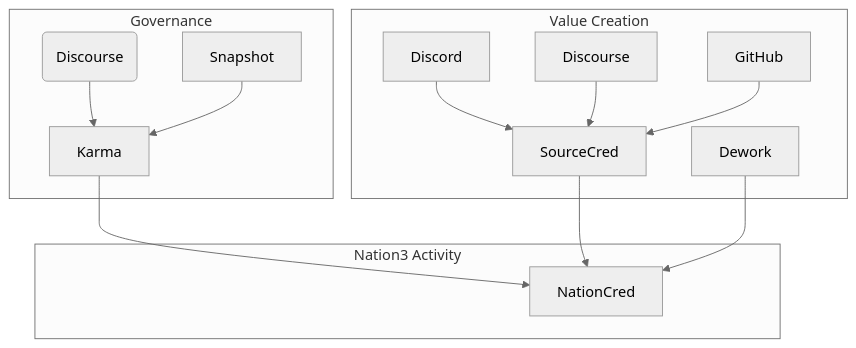
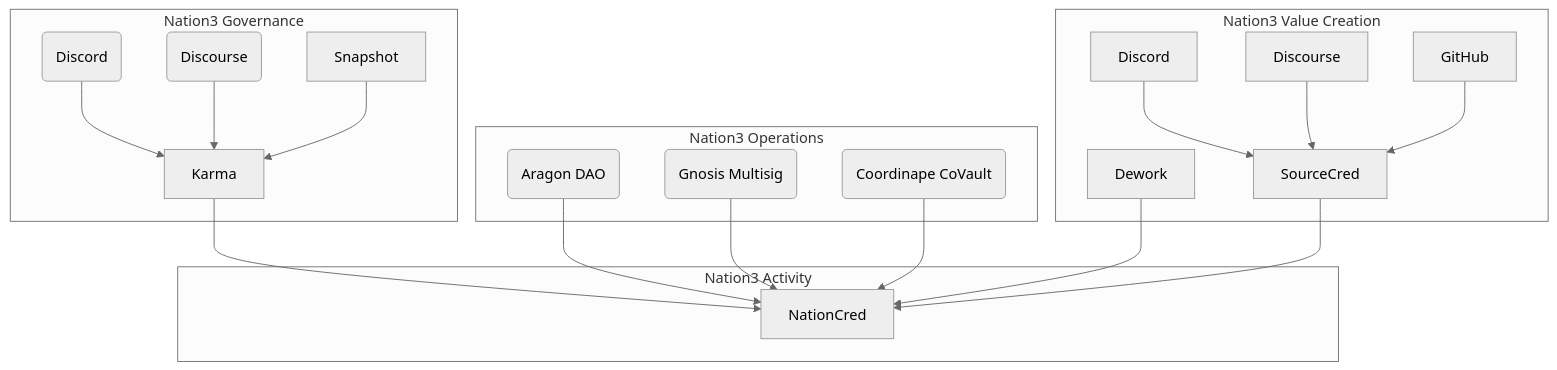
One commit to nation3/nationcred-datasets changed the diagram in README.md. Above: the diagram before and after it, drawn with Mermaid (neutral theme).

Commit message:
docs: add coordinape covault

````diff
--- a/README.md
+++ b/README.md
@@ -7,21 +7,31 @@
 ```mermaid
-graph TD;
-    subgraph Governance
-    Discourse_Karma(Discourse)-->Karma;
+graph TD
+    subgraph Nation3 Governance
+    Discord_Karma(Discord)-->Karma
+    Discourse_Karma(Discourse)-->Karma
+    Snapshot-->Karma
     end
-    subgraph Value Creation
-    Discord-->SourceCred;
-    Discourse-->SourceCred;
-    GitHub-->SourceCred;
-    Dework;
+    Karma-->NationCred
+    
+    subgraph Nation3 Operations
+    Aragon(Aragon DAO)
+    Gnosis(Gnosis Multisig)
+    Coordinape(Coordinape CoVault)
     end
-    Karma-->NationCred;
-    subgraph Governance
-    Snapshot-->Karma;
+    Aragon-->NationCred
+    Gnosis-->NationCred
+    Coordinape-->NationCred
+    
+    subgraph Nation3 Value Creation
+    Discord-->SourceCred
+    Discourse-->SourceCred
+    GitHub-->SourceCred
+    Dework
     end
-    SourceCred-->NationCred;
+    Dework-->NationCred
+    SourceCred-->NationCred
+    
     subgraph Nation3 Activity
     NationCred
     end
-    Dework-->NationCred;
 ```
````
